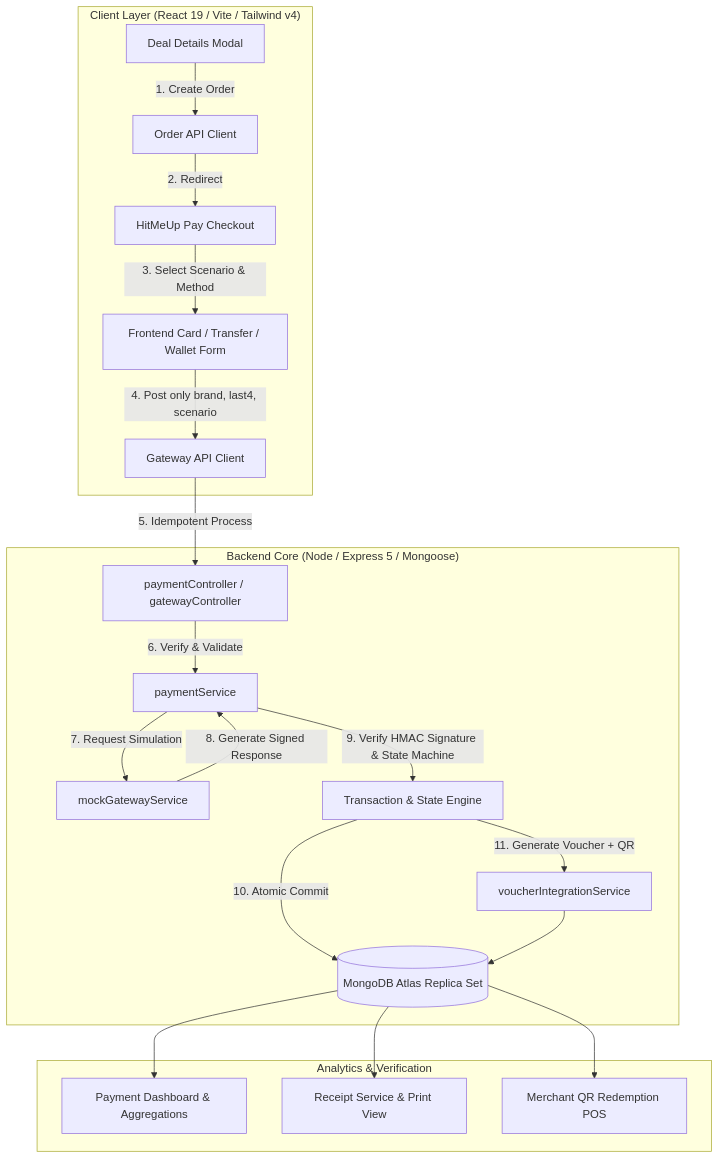
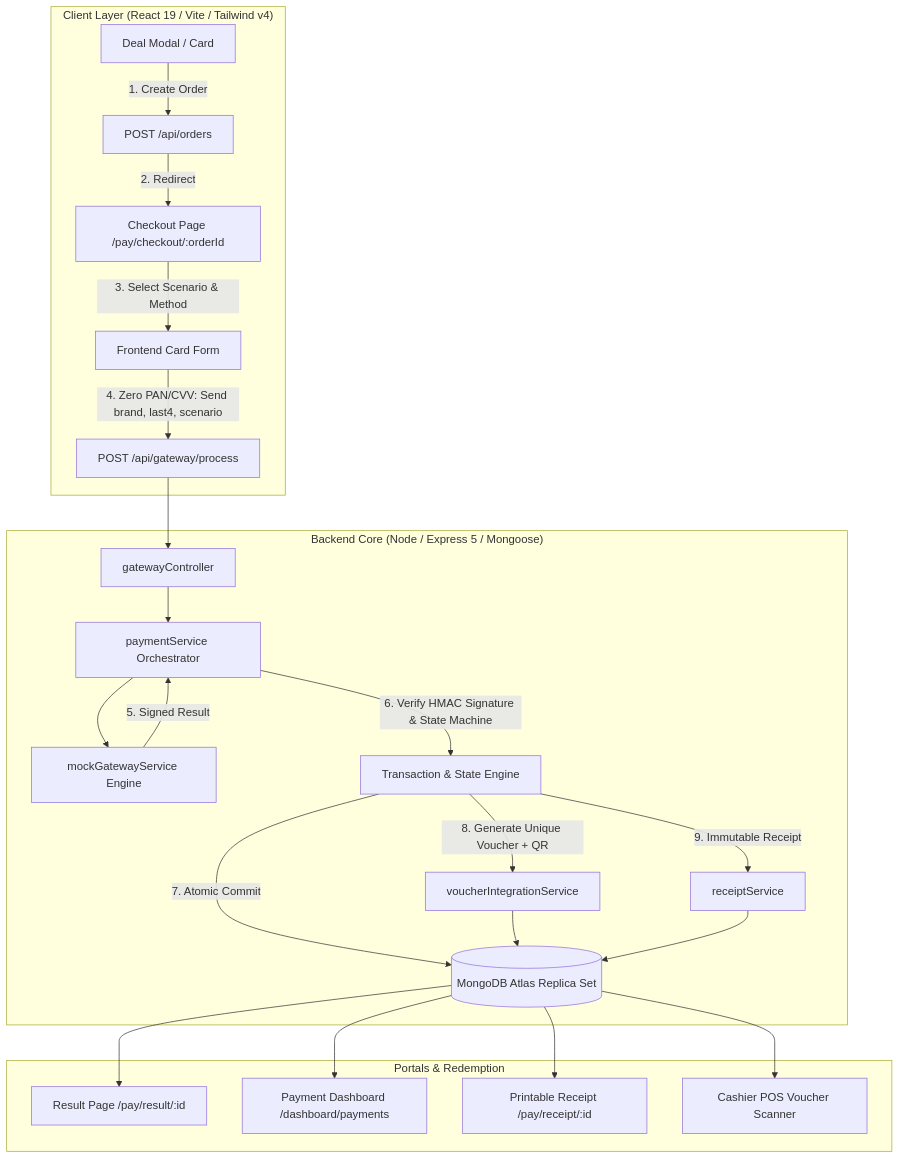
One commit to miabdulrahman/HitMeUp changed the first of 2 diagrams in docs/HITMEUP_PAY.md. Above: the diagram before and after it, drawn with Mermaid. The commit also changed other lines of this file and 5 other files, not shown here.

Commit message:
test(payment): add security, edge case, and scenario mapping tests and update documentation

````diff
--- a/docs/HITMEUP_PAY.md
+++ b/docs/HITMEUP_PAY.md
@@ -12,26 +21,29 @@
 ```mermaid
 flowchart TD
     subgraph Client ["Client Layer (React 19 / Vite / Tailwind v4)"]
-        A[Deal Details Modal] -->|1. Create Order| B[Order API Client]
-        B -->|2. Redirect| C[HitMeUp Pay Checkout]
-        C -->|3. Select Scenario & Method| D[Frontend Card / Transfer / Wallet Form]
-        D -->|4. Post only brand, last4, scenario| E[Gateway API Client]
+        A[Deal Modal / Card] -->|1. Create Order| B[POST /api/orders]
+        B -->|2. Redirect| C[Checkout Page /pay/checkout/:orderId]
+        C -->|3. Select Scenario & Method| D[Frontend Card Form]
+        D -->|4. Zero PAN/CVV: Send brand, last4, scenario| E[POST /api/gateway/process]
     end
 
     subgraph Backend ["Backend Core (Node / Express 5 / Mongoose)"]
-        E -->|5. Idempotent Process| F[paymentController / gatewayController]
-        F -->|6. Verify & Validate| G[paymentService]
-        G -->|7. Request Simulation| H[mockGatewayService]
-        H -->|8. Generate Signed Response| G
-        G -->|9. Verify HMAC Signature & State Machine| I[Transaction & State Engine]
-        I -->|10. Atomic Commit| J[(MongoDB Atlas Replica Set)]
-        I -->|11. Generate Voucher + QR| K[voucherIntegrationService]
+        E --> F[gatewayController]
+        F --> G[paymentService Orchestrator]
+        G --> H[mockGatewayService Engine]
+        H -->|5. Signed Result| G
+        G -->|6. Verify HMAC Signature & State Machine| I[Transaction & State Engine]
+        I -->|7. Atomic Commit| J[(MongoDB Atlas Replica Set)]
+        I -->|8. Generate Unique Voucher + QR| K[voucherIntegrationService]
         K --> J
+        I -->|9. Immutable Receipt| L[receiptService]
+        L --> J
     end
 
-    subgraph Dashboard ["Analytics & Verification"]
-        J --> L[Payment Dashboard & Aggregations]
-        J --> M[Receipt Service & Print View]
-        J --> N[Merchant QR Redemption POS]
+    subgraph Portal ["Portals & Redemption"]
+        J --> M[Result Page /pay/result/:id]
+        J --> N[Payment Dashboard /dashboard/payments]
+        J --> O[Printable Receipt /pay/receipt/:id]
+        J --> P[Cashier POS Voucher Scanner]
     end
 ```
````
